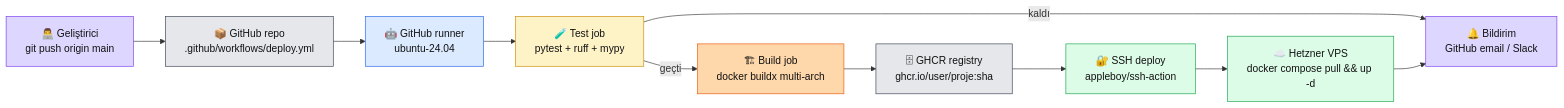
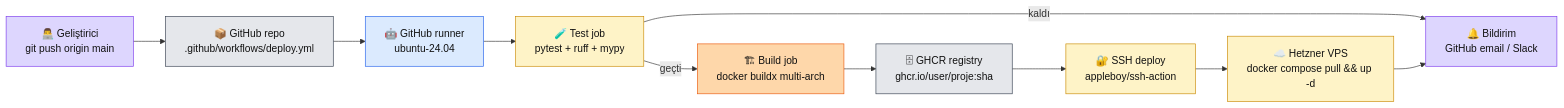
Before and after one commit to KemalG-u/muhendisal-platform: the diagram in docs/bolum-9/03-cicd.md, drawn with Mermaid. The commit also changed other lines of this file and 13 other files, not shown here.

````diff
--- a/docs/bolum-9/03-cicd.md
+++ b/docs/bolum-9/03-cicd.md
@@ -30,34 +31,34 @@
 ```mermaid
 flowchart LR
     DEV["👨‍💻 Geliştirici\ngit push origin main"]
     GH["📦 GitHub repo\n.github/workflows/deploy.yml"]
     RUN["🤖 GitHub runner\nubuntu-24.04"]
     TEST["🧪 Test job\npytest + ruff + mypy"]
     BUILD["🏗 Build job\ndocker buildx multi-arch"]
     GHCR["🗄 GHCR registry\nghcr.io/user/proje:sha"]
     SSH["🔐 SSH deploy\nappleboy/ssh-action"]
     VPS["☁️ Hetzner VPS\ndocker compose pull && up -d"]
     NOT["🔔 Bildirim\nGitHub email / Slack"]
 
     DEV --> GH --> RUN
     RUN --> TEST
     TEST -->|geçti| BUILD
     TEST -->|kaldı| NOT
     BUILD --> GHCR
     GHCR --> SSH --> VPS
     VPS --> NOT
 
     classDef dev fill:#ddd6fe,stroke:#7c3aed,color:#111
     classDef gh fill:#e5e7eb,stroke:#374151,color:#111
     classDef run fill:#dbeafe,stroke:#2563eb,color:#111
     classDef test fill:#fef3c7,stroke:#ca8a04,color:#111
     classDef build fill:#fed7aa,stroke:#ea580c,color:#111
-    classDef vps fill:#dcfce7,stroke:#16a34a,color:#111
+    classDef vps fill:#fef3c7,stroke:#ca8a04,color:#111
     class DEV dev
     class GH,GHCR gh
     class RUN run
     class TEST test
     class BUILD build
     class SSH,VPS vps
     class NOT dev
 ```
````
